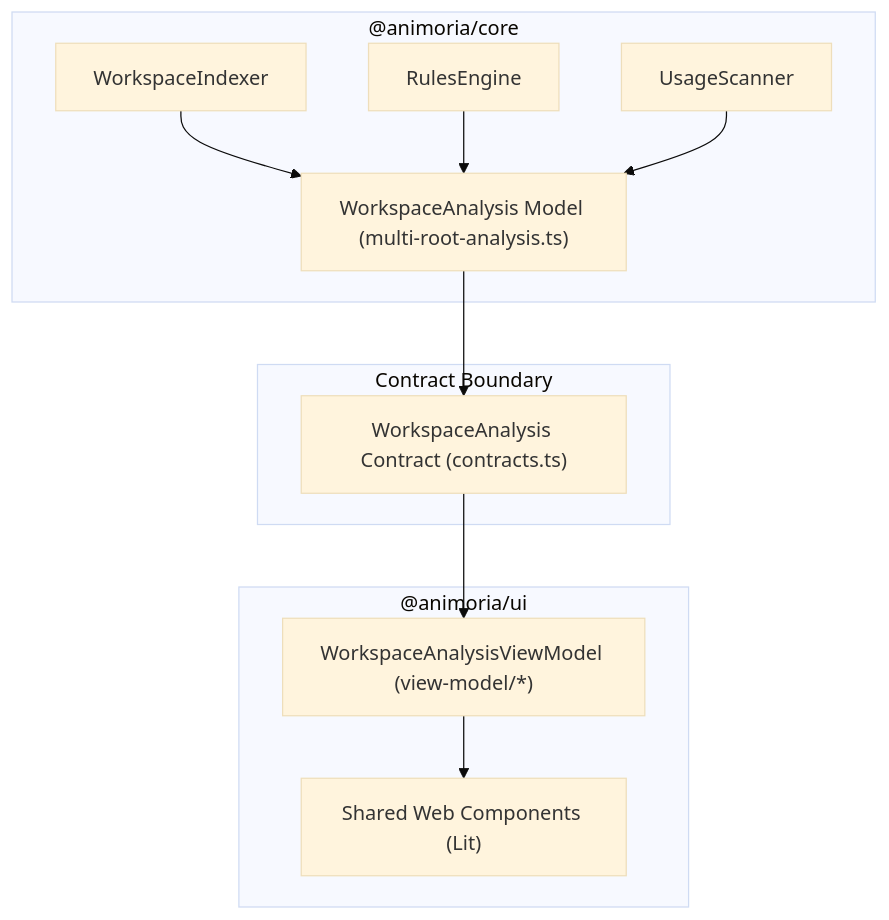
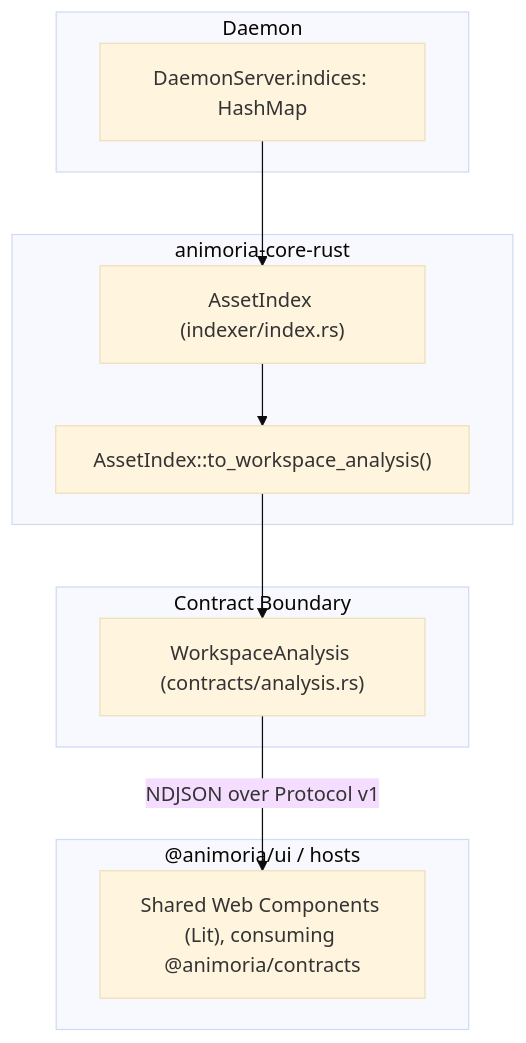
Before and after one commit to sxnnyside-project/animoria: the diagram in docs/guides/06-workspace-analysis.md, drawn with Mermaid (base theme). The commit also changed other lines of this file and 466 other files, not shown here.

Commit message:
refactor: complete migration of core engine from TypeScript to Rust

````diff
--- a/docs/guides/06-workspace-analysis.md
+++ b/docs/guides/06-workspace-analysis.md
@@ -16,25 +16,24 @@
 ```mermaid
 graph TD
-    subgraph CoreEngine["@animoria/core"]
-        Indexer["WorkspaceIndexer"]
-        GovEngine["RulesEngine"]
-        UsageEngine["UsageScanner"]
-        AnalysisBuilder["WorkspaceAnalysis Model (multi-root-analysis.ts)"]
+    subgraph Engine["animoria-core-rust"]
+        Index["AssetIndex (indexer/index.rs)"]
+        ToAnalysis["AssetIndex::to_workspace_analysis()"]
     end
 
     subgraph ContractLayer["Contract Boundary"]
-        Contract["WorkspaceAnalysis Contract (contracts.ts)"]
+        Contract["WorkspaceAnalysis (contracts/analysis.rs)"]
     end
 
-    subgraph PresentationLayer["@animoria/ui"]
-        ViewModel["WorkspaceAnalysisViewModel (view-model/*)"]
-        UIComponent["Shared Web Components (Lit)"]
+    subgraph DaemonLayer["Daemon"]
+        Server["DaemonServer.indices: HashMap<String, AssetIndex>"]
     end
 
-    Indexer --> AnalysisBuilder
-    GovEngine --> AnalysisBuilder
-    UsageEngine --> AnalysisBuilder
-    AnalysisBuilder --> Contract
-    Contract --> ViewModel
-    ViewModel --> UIComponent
+    subgraph PresentationLayer["@animoria/ui / hosts"]
+        UI["Shared Web Components (Lit), consuming @animoria/contracts"]
+    end
+
+    Index --> ToAnalysis
+    ToAnalysis --> Contract
+    Server --> Index
+    Contract -->|NDJSON over Protocol v1| UI
 ```
````
